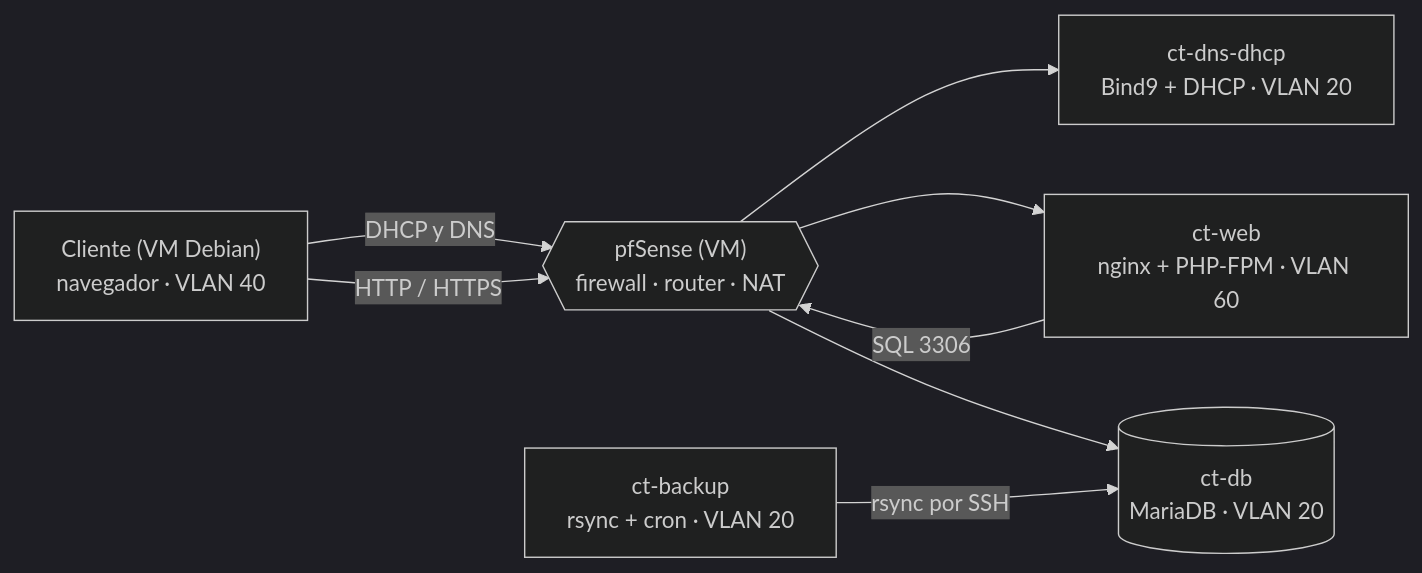
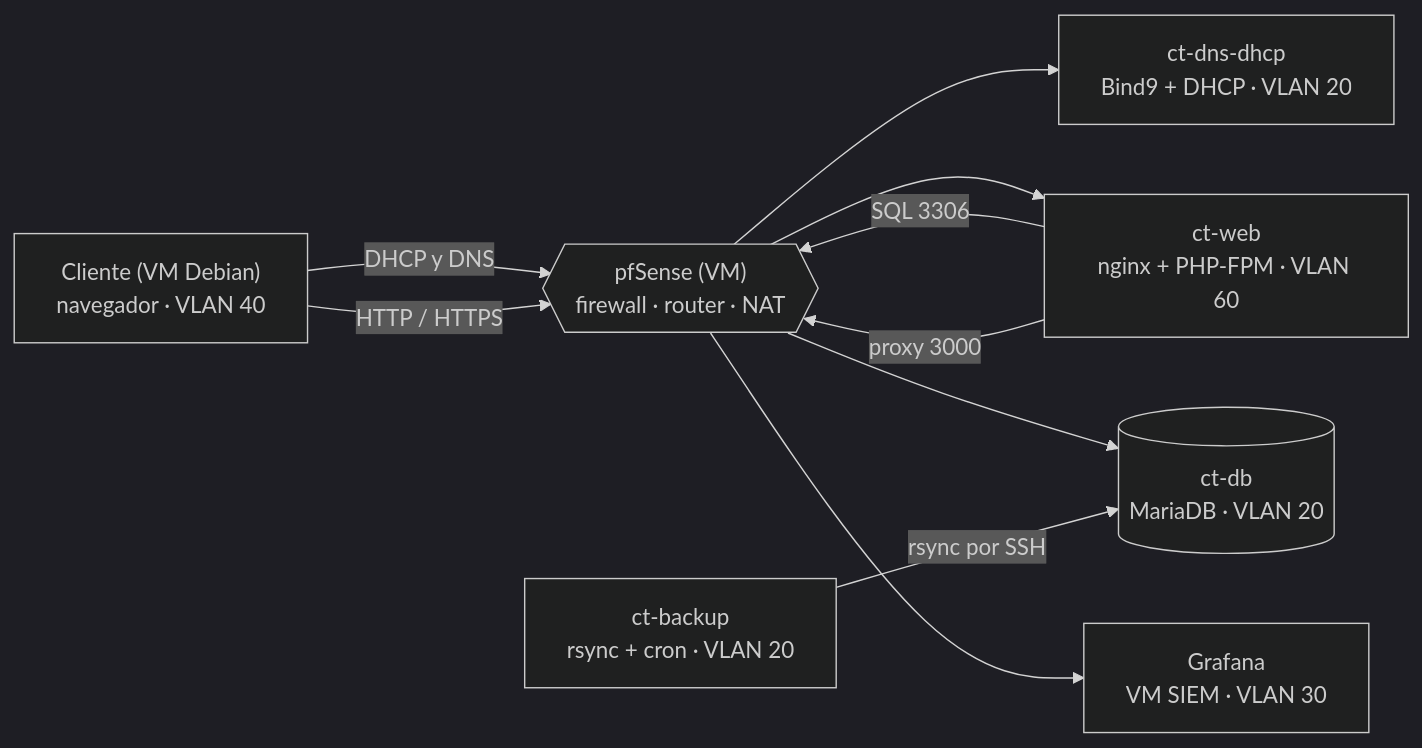
The diagram in docs/honeynet/introduccion-al-proyecto/arquitectura-del-software/README.md (alexnaranjooo/APUNTES-ASIX), drawn with Mermaid (dark theme) before and after one commit. The commit also changed other lines of this file and 17 other files, not shown here.

````diff
--- a/docs/honeynet/introduccion-al-proyecto/arquitectura-del-software/README.md
+++ b/docs/honeynet/introduccion-al-proyecto/arquitectura-del-software/README.md
@@ -24,17 +24,20 @@
 ```mermaid
 flowchart LR
     CL["Cliente (VM Debian)<br/>navegador · VLAN 40"]
     PF{{"pfSense (VM)<br/>firewall · router · NAT"}}
     DNS["ct-dns-dhcp<br/>Bind9 + DHCP · VLAN 20"]
     WEB["ct-web<br/>nginx + PHP-FPM · VLAN 60"]
     DB[("ct-db<br/>MariaDB · VLAN 20")]
     BK["ct-backup<br/>rsync + cron · VLAN 20"]
+    GF["Grafana<br/>VM SIEM · VLAN 30"]
 
     CL -- "DHCP y DNS" --> PF
     PF --> DNS
     CL -- "HTTP / HTTPS" --> PF
     PF --> WEB
     WEB -- "SQL 3306" --> PF
     PF --> DB
+    WEB -- "proxy 3000" --> PF
+    PF --> GF
     BK -- "rsync por SSH" --> DB
 ```
````
